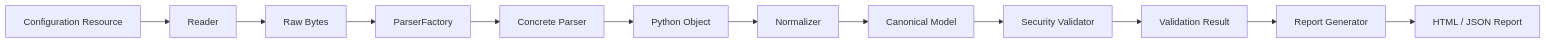
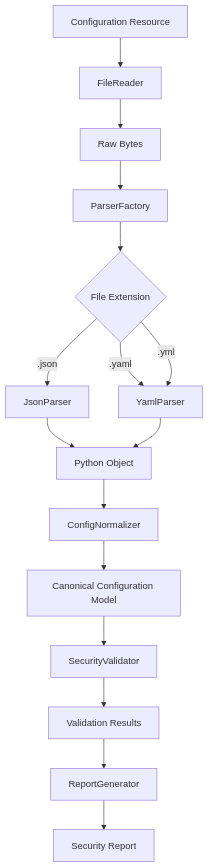
Before and after one commit to truongtranit/security-configuration-inspector: the second of 3 diagrams in README.md, drawn with Mermaid. The commit also changed other lines of this file and 6 other files, not shown here.

Commit message:
Implement YAML parser and factory integration.

````diff
--- a/README.md
+++ b/README.md
@@ -41,26 +41,29 @@
 ```mermaid
-flowchart LR
-
-    A["Configuration Resource"]
-        --> B["Reader"]
+flowchart TD
+    A["Configuration Resource"] --> B["FileReader"]
 
     B --> C["Raw Bytes"]
 
     C --> D["ParserFactory"]
 
-    D --> E["Concrete Parser"]
+    D --> E{"File Extension"}
 
-    E --> F["Python Object"]
+    E -->|".json"| F["JsonParser"]
+    E -->|".yaml"| G["YamlParser"]
+    E -->|".yml"| G
 
-    F --> G["Normalizer"]
+    F --> H["Python Object"]
+    G --> H
 
-    G --> H["Canonical Model"]
+    H --> I["ConfigNormalizer"]
 
-    H --> I["Security Validator"]
+    I --> J["Canonical Configuration Model"]
 
-    I --> J["Validation Result"]
+    J --> K["SecurityValidator"]
 
-    J --> K["Report Generator"]
+    K --> L["Validation Results"]
 
-    K --> L["HTML / JSON Report"]
+    L --> M["ReportGenerator"]
+
+    M --> N["Security Report"]
 ```
````
